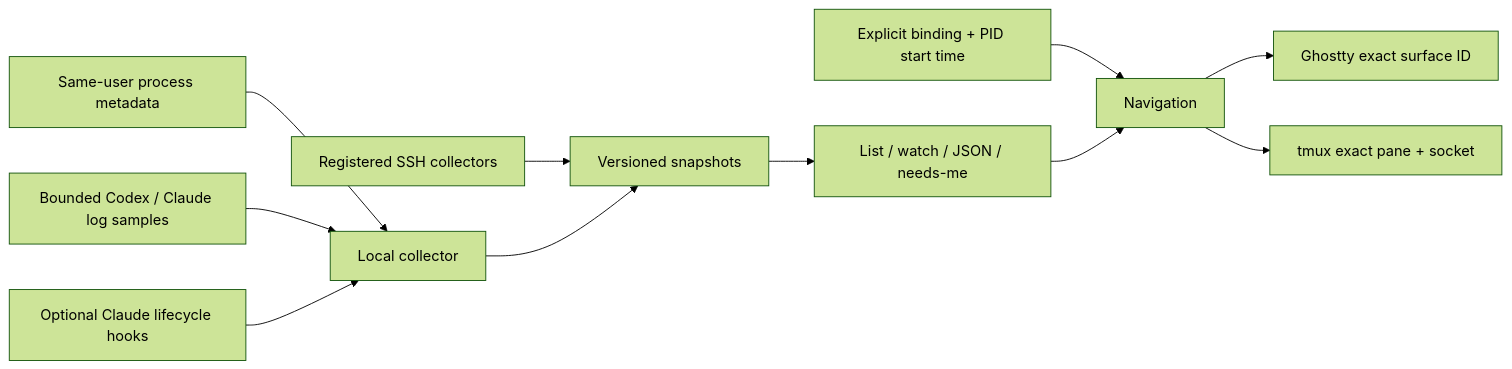
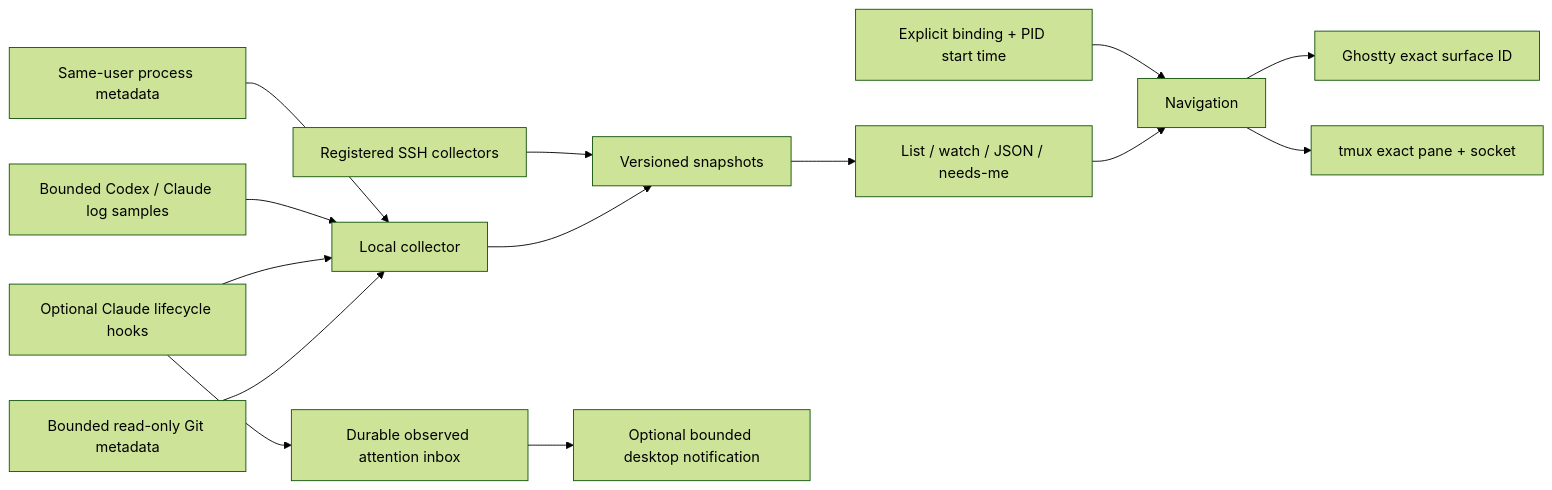
The diagram in docs/ARCHITECTURE.md (ekusiadadus/ttybird), drawn with Mermaid (forest theme) before and after one commit. The commit also changed other lines of this file and 20 other files, not shown here.

Commit message:
feat: add reviewed handoffs, attention inbox, and workspace context

````diff
--- a/docs/ARCHITECTURE.md
+++ b/docs/ARCHITECTURE.md
@@ -29,13 +29,16 @@
 ```mermaid
 flowchart LR
     P[Same-user process metadata] --> C[Local collector]
     L[Bounded Codex / Claude log samples] --> C
     H[Optional Claude lifecycle hooks] --> C
+    W[Bounded read-only Git metadata] --> C
     R[Registered SSH collectors] --> S[Versioned snapshots]
     C --> S
     S --> V[List / watch / JSON / needs-me]
+    H --> A[Durable observed attention inbox]
+    A --> D[Optional bounded desktop notification]
     B[Explicit binding + PID start time] --> N[Navigation]
     V --> N
     N --> G[Ghostty exact surface ID]
     N --> T[tmux exact pane + socket]
 ```
````
